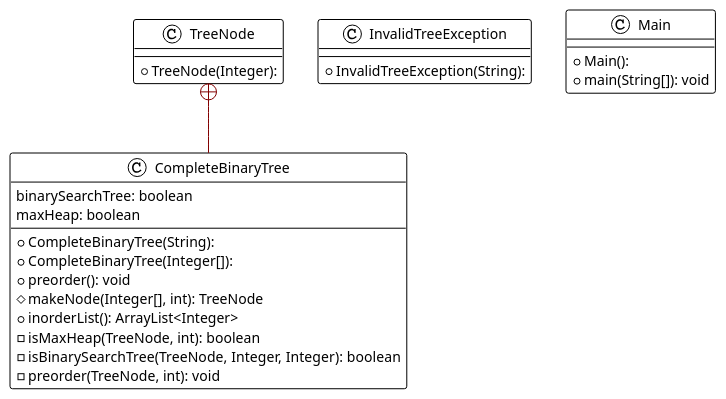
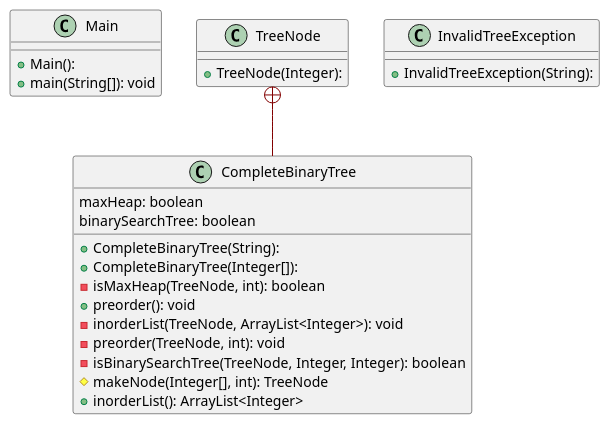
The diagram in project3/src/main/resources/project3.plantuml (amatos/CMSC315), drawn with PlantUML before and after one commit. The commit also changed 4 other files, not shown here.

```diff
--- a/project3/src/main/resources/project3.plantuml
+++ b/project3/src/main/resources/project3.plantuml
@@ -1,31 +1,30 @@
 @startuml
 
-!theme plain
-top to bottom direction
-skinparam linetype ortho
-
+class Main {
+  + Main():
+  + main(String[]): void
+}
 class CompleteBinaryTree {
-  + CompleteBinaryTree(String): 
-  + CompleteBinaryTree(Integer[]): 
+  + CompleteBinaryTree(String):
+  + CompleteBinaryTree(Integer[]):
+  - isMaxHeap(TreeNode, int): boolean
   + preorder(): void
+  - inorderList(TreeNode, ArrayList<Integer>): void
+  - preorder(TreeNode, int): void
+  - isBinarySearchTree(TreeNode, Integer, Integer): boolean
   # makeNode(Integer[], int): TreeNode
   + inorderList(): ArrayList<Integer>
-  - isMaxHeap(TreeNode, int): boolean
-  - isBinarySearchTree(TreeNode, Integer, Integer): boolean
-  - preorder(TreeNode, int): void
+   maxHeap: boolean
    binarySearchTree: boolean
-   maxHeap: boolean
-}
-class InvalidTreeException {
-  + InvalidTreeException(String): 
-}
-class Main {
-  + Main(): 
-  + main(String[]): void
-}
-class TreeNode {
-  + TreeNode(Integer): 
 }
 
-TreeNode              +-[#820000,plain]-  CompleteBinaryTree   
+class InvalidTreeException {
+  + InvalidTreeException(String):
+}
+
+class TreeNode {
+  + TreeNode(Integer):
+}
+
+TreeNode              +-[#820000,plain]-  CompleteBinaryTree
 @enduml
```
